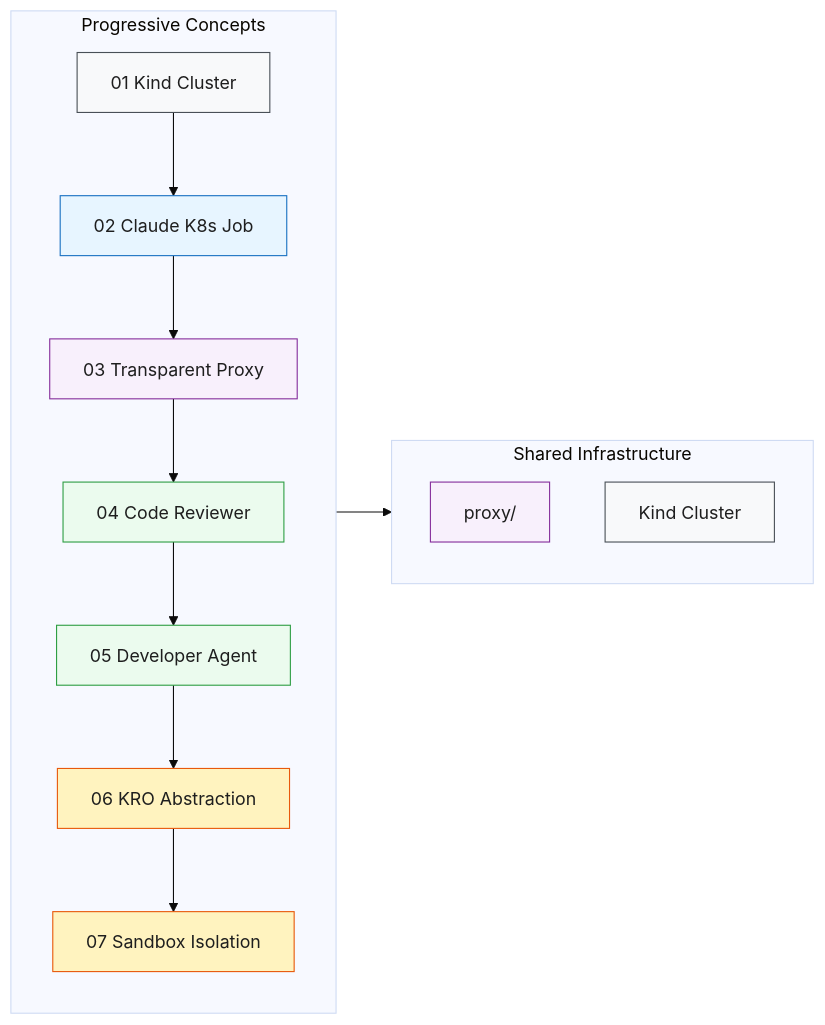
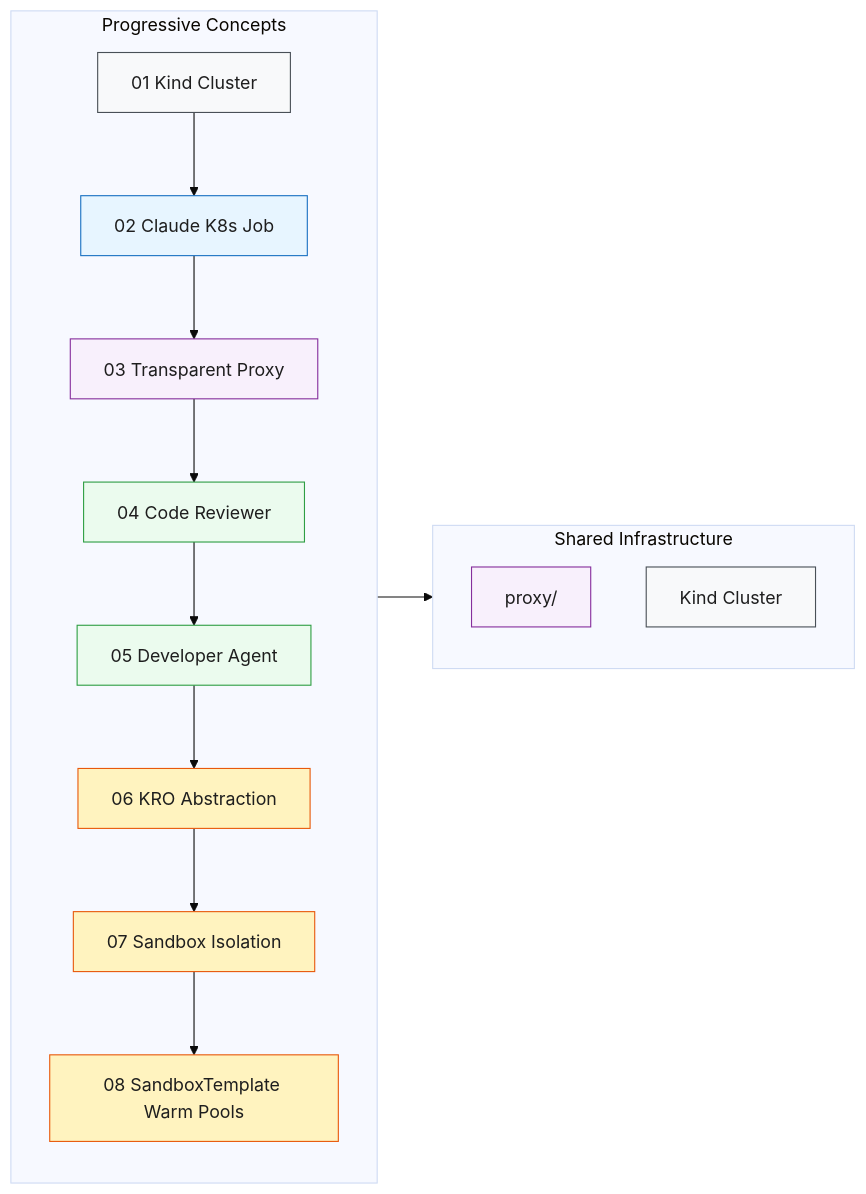
One commit to weldonfaizan/kcd-new-york-k8s-claude changed the diagram in README.md. Above: the diagram before and after it, drawn with Mermaid (base theme). The commit also changed other lines of this file and 7 other files, not shown here.

First line of the commit message:
feat(08): add developer + reviewer coding agents to SandboxTemplate concept

````diff
--- a/README.md
+++ b/README.md
@@ -9,31 +9,33 @@
 ```mermaid
 flowchart LR
     subgraph concepts["Progressive Concepts"]
         direction TB
         c01["01 Kind Cluster"]
         c02["02 Claude K8s Job"]
         c03["03 Transparent Proxy"]
         c04["04 Code Reviewer"]
         c05["05 Developer Agent"]
         c06["06 KRO Abstraction"]
         c07["07 Sandbox Isolation"]
+        c08["08 SandboxTemplate Warm Pools"]
     end
-    c01 --> c02 --> c03 --> c04 --> c05 --> c06 --> c07
+    c01 --> c02 --> c03 --> c04 --> c05 --> c06 --> c07 --> c08
 
     subgraph infra["Shared Infrastructure"]
         proxy["proxy/"]
         cluster["Kind Cluster"]
     end
 
     concepts --> infra
 
     style c01 fill:#f8f9fa,stroke:#495057,color:#1e1e1e
     style c02 fill:#e7f5ff,stroke:#1971c2,color:#1e1e1e
     style c03 fill:#f8f0fc,stroke:#862e9c,color:#1e1e1e
     style c04 fill:#ebfbee,stroke:#2f9e44,color:#1e1e1e
     style c05 fill:#ebfbee,stroke:#2f9e44,color:#1e1e1e
     style c06 fill:#fff3bf,stroke:#e8590c,color:#1e1e1e
     style c07 fill:#fff3bf,stroke:#e8590c,color:#1e1e1e
+    style c08 fill:#fff3bf,stroke:#e8590c,color:#1e1e1e
     style proxy fill:#f8f0fc,stroke:#862e9c,color:#1e1e1e
     style cluster fill:#f8f9fa,stroke:#495057,color:#1e1e1e
 ```
````
